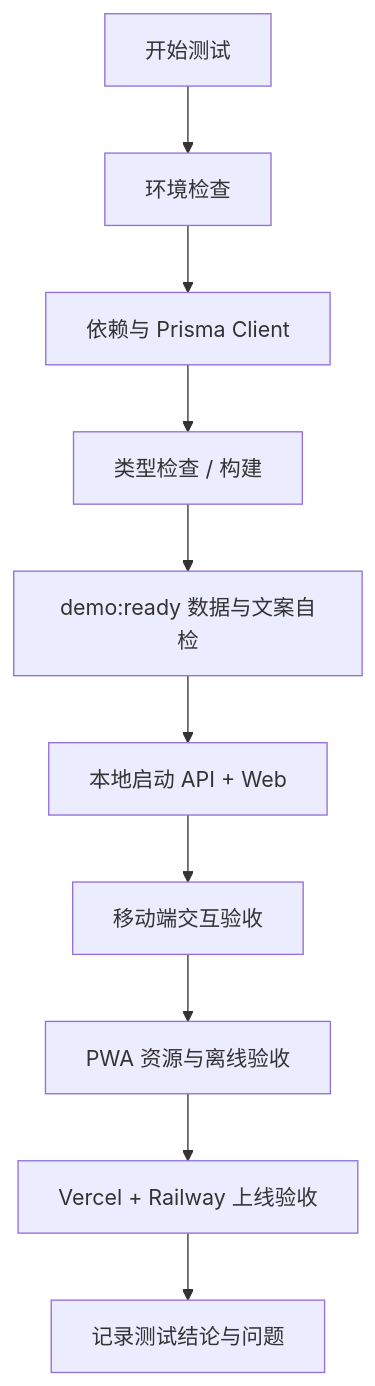
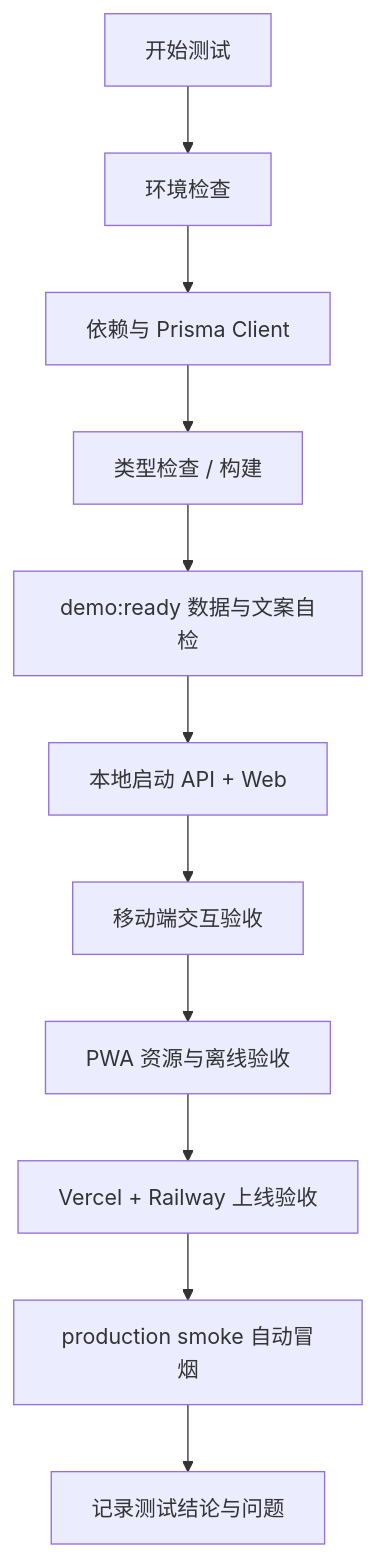
One commit to monkeylzl/silver-health-app changed the diagram in docs/pwa-launch-test-validation-plan.md. Above: the diagram before and after it, drawn with Mermaid. The commit also changed other lines of this file and 6 other files, not shown here.

Commit message:
test: add production smoke gate

````diff
--- a/docs/pwa-launch-test-validation-plan.md
+++ b/docs/pwa-launch-test-validation-plan.md
@@ -87,12 +88,13 @@
 ```mermaid
 flowchart TD
   Start["开始测试"] --> Env["环境检查"]
   Env --> Install["依赖与 Prisma Client"]
   Install --> Static["类型检查 / 构建"]
   Static --> DemoReady["demo:ready 数据与文案自检"]
   DemoReady --> LocalRun["本地启动 API + Web"]
   LocalRun --> Mobile["移动端交互验收"]
   Mobile --> PWA["PWA 资源与离线验收"]
   PWA --> Deploy["Vercel + Railway 上线验收"]
-  Deploy --> Report["记录测试结论与问题"]
+  Deploy --> Smoke["production smoke 自动冒烟"]
+  Smoke --> Report["记录测试结论与问题"]
 ```
````
